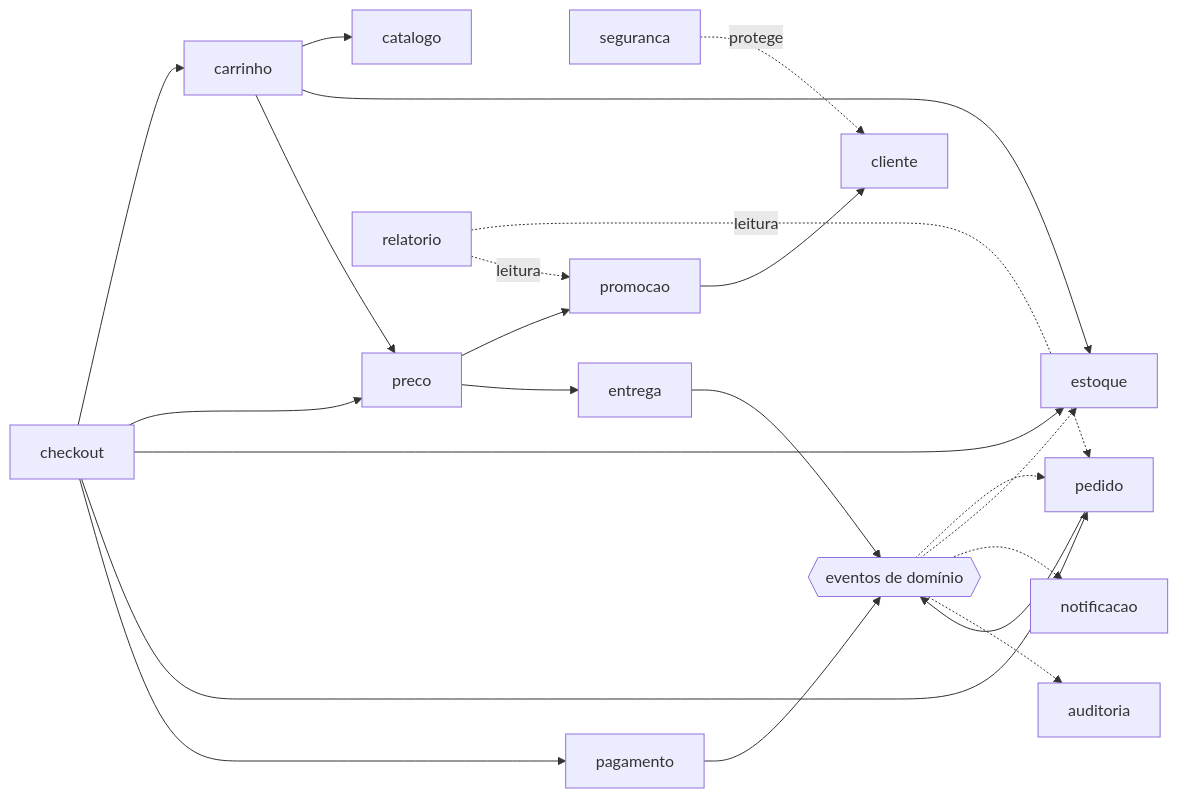
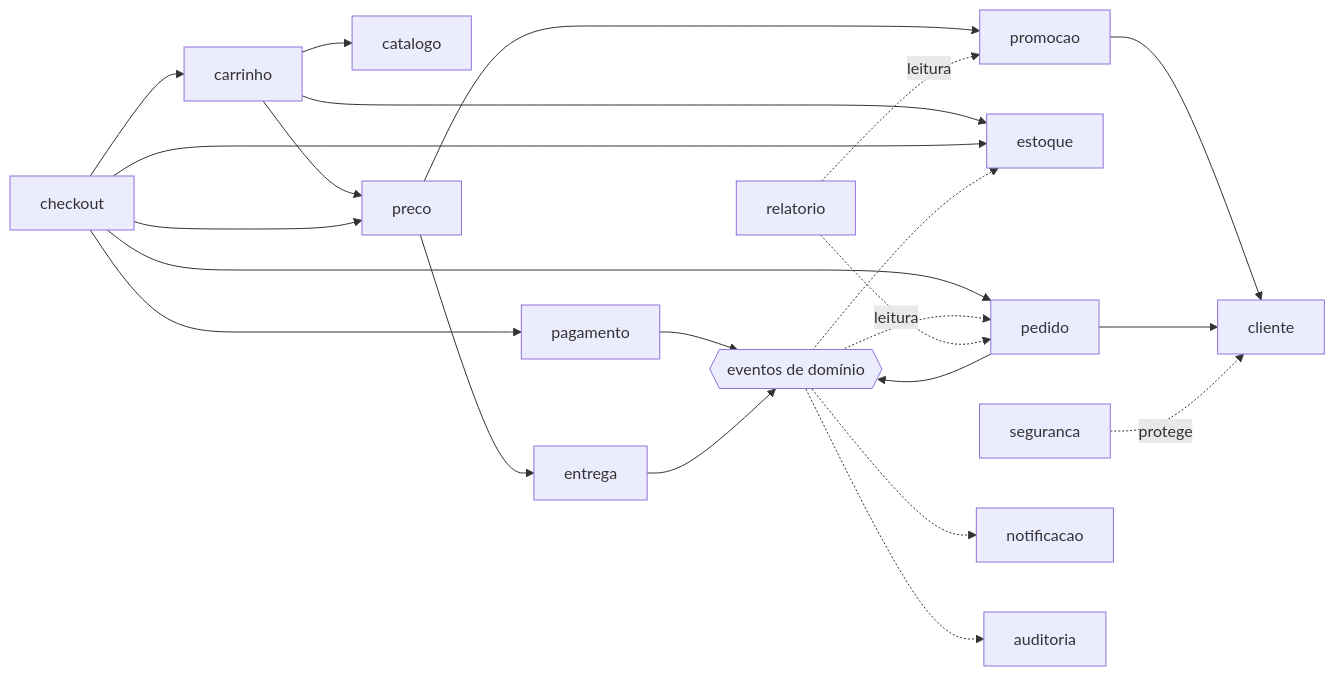
The second of 3 diagrams in docs/03-arquitetura.md (arthurnicolucci1912/sistema-ecommerce-promocoes-avancadas), drawn with Mermaid before and after one commit. The commit also changed other lines of this file and 205 other files, not shown here.

````diff
--- a/docs/03-arquitetura.md
+++ b/docs/03-arquitetura.md
@@ -79,43 +112,44 @@
 ```mermaid
 flowchart LR
     seguranca["seguranca"]
     cliente["cliente"]
     catalogo["catalogo"]
     estoque["estoque"]
     carrinho["carrinho"]
     preco["preco"]
     promocao["promocao"]
     entrega["entrega"]
     checkout["checkout"]
     pedido["pedido"]
     pagamento["pagamento"]
     notificacao["notificacao"]
     auditoria["auditoria"]
     relatorio["relatorio"]
     eventos{{"eventos de domínio"}}
 
     carrinho --> catalogo
     carrinho --> estoque
     carrinho --> preco
     preco --> promocao
     preco --> entrega
     promocao --> cliente
 
     checkout --> carrinho
     checkout --> preco
     checkout --> estoque
     checkout --> pedido
+    pedido --> cliente
     checkout --> pagamento
 
     pedido --> eventos
     pagamento --> eventos
     entrega --> eventos
     eventos -.-> pedido
     eventos -.-> estoque
     eventos -.-> notificacao
     eventos -.-> auditoria
 
     relatorio -.->|leitura| pedido
     relatorio -.->|leitura| promocao
     seguranca -.->|protege| cliente
 ```
````
